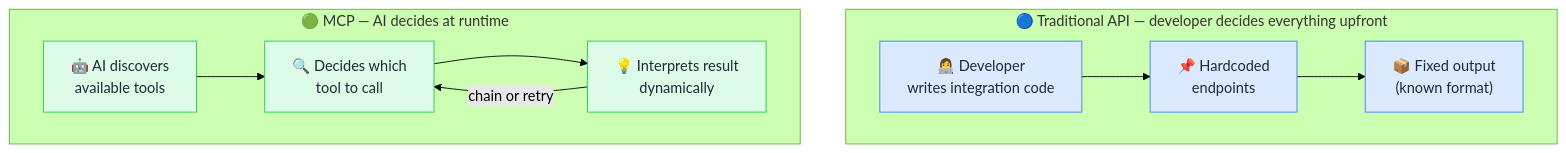
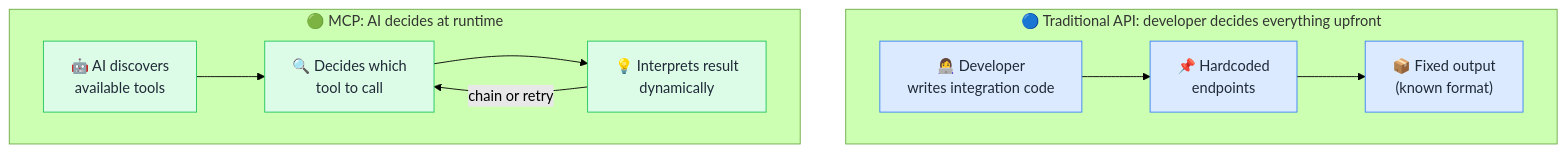
One commit to behnia137/mcp-for-data-visual changed the diagram in data/mcp-vs-api.md. Above: the diagram before and after it, drawn with Mermaid (forest theme). The commit also changed other lines of this file and 17 other files, not shown here.

````diff
--- a/data/mcp-vs-api.md
+++ b/data/mcp-vs-api.md
@@ -7,19 +7,19 @@
 ```mermaid
 flowchart TB
-    subgraph api["🔵 Traditional API — developer decides everything upfront"]
+    subgraph api["🔵 Traditional API: developer decides everything upfront"]
         Dev["👩‍💻 Developer\nwrites integration code"] --> E["📌 Hardcoded\nendpoints"]
         E --> O1["📦 Fixed output\n(known format)"]
         style Dev fill:#dbeafe,stroke:#3b82f6,color:#1f2937
         style E fill:#dbeafe,stroke:#3b82f6,color:#1f2937
         style O1 fill:#dbeafe,stroke:#3b82f6,color:#1f2937
     end
 
-    subgraph mcp["🟢 MCP — AI decides at runtime"]
+    subgraph mcp["🟢 MCP: AI decides at runtime"]
         AI["🤖 AI discovers\navailable tools"] --> D["🔍 Decides which\ntool to call"]
         D --> O2["💡 Interprets result\ndynamically"]
         O2 -->|"chain or retry"| D
         style AI fill:#dcfce7,stroke:#22c55e,color:#1f2937
         style D fill:#dcfce7,stroke:#22c55e,color:#1f2937
         style O2 fill:#dcfce7,stroke:#22c55e,color:#1f2937
     end
 ```
````
